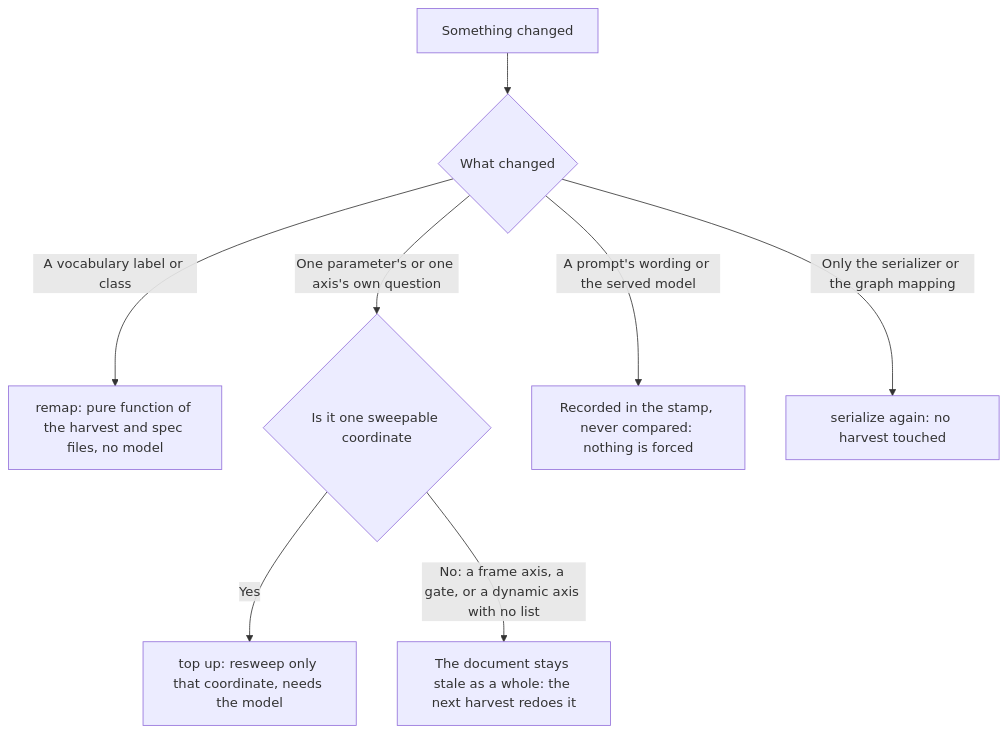
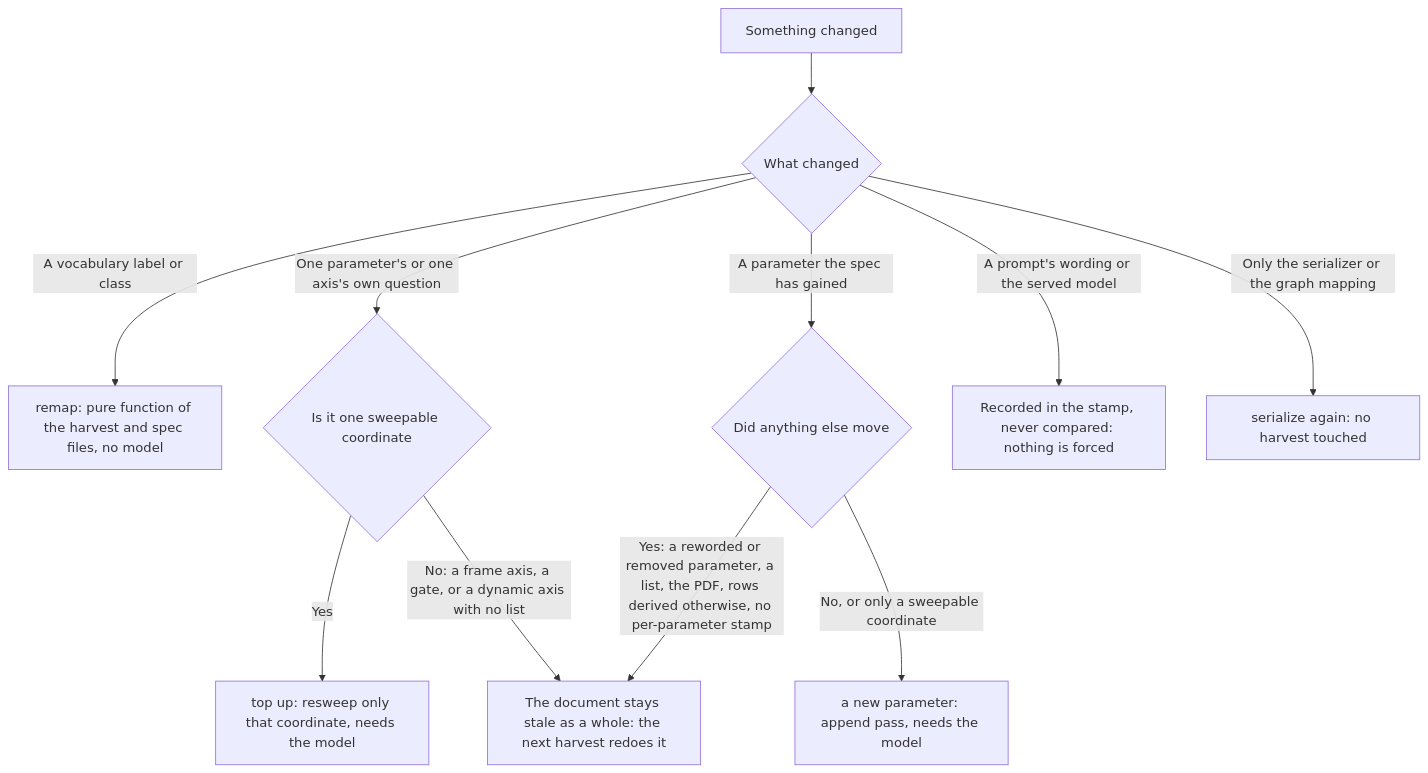
One commit to OpenEnergyPlatform/municipal-heat-planning-pdf-processing changed the second of 2 diagrams in docs/_intros/stages/extraction.md. Above: the diagram before and after it, drawn with Mermaid. The commit also changed other lines of this file and 197 other files, not shown here.

````diff
--- a/docs/_intros/stages/extraction.md
+++ b/docs/_intros/stages/extraction.md
@@ -531,10 +541,13 @@
 ```mermaid
 flowchart TD
     change[Something changed] --> kind{What changed}
     kind -->|A vocabulary label or class| remap[remap: pure function of the harvest and spec files, no model]
     kind -->|One parameter's or one axis's own question| sweepable{Is it one sweepable coordinate}
     sweepable -->|Yes| topup[top up: resweep only that coordinate, needs the model]
     sweepable -->|No: a frame axis, a gate, or a dynamic axis with no list| stale[The document stays stale as a whole: the next harvest redoes it]
+    kind -->|A parameter the spec has gained| added{Did anything else move}
+    added -->|No, or only a sweepable coordinate| append[a new parameter: append pass, needs the model]
+    added -->|Yes: a reworded or removed parameter, a list, the PDF, rows derived otherwise, no per-parameter stamp| stale
     kind -->|A prompt's wording or the served model| noted[Recorded in the stamp, never compared: nothing is forced]
     kind -->|Only the serializer or the graph mapping| serialize[serialize again: no harvest touched]
 ```
````
